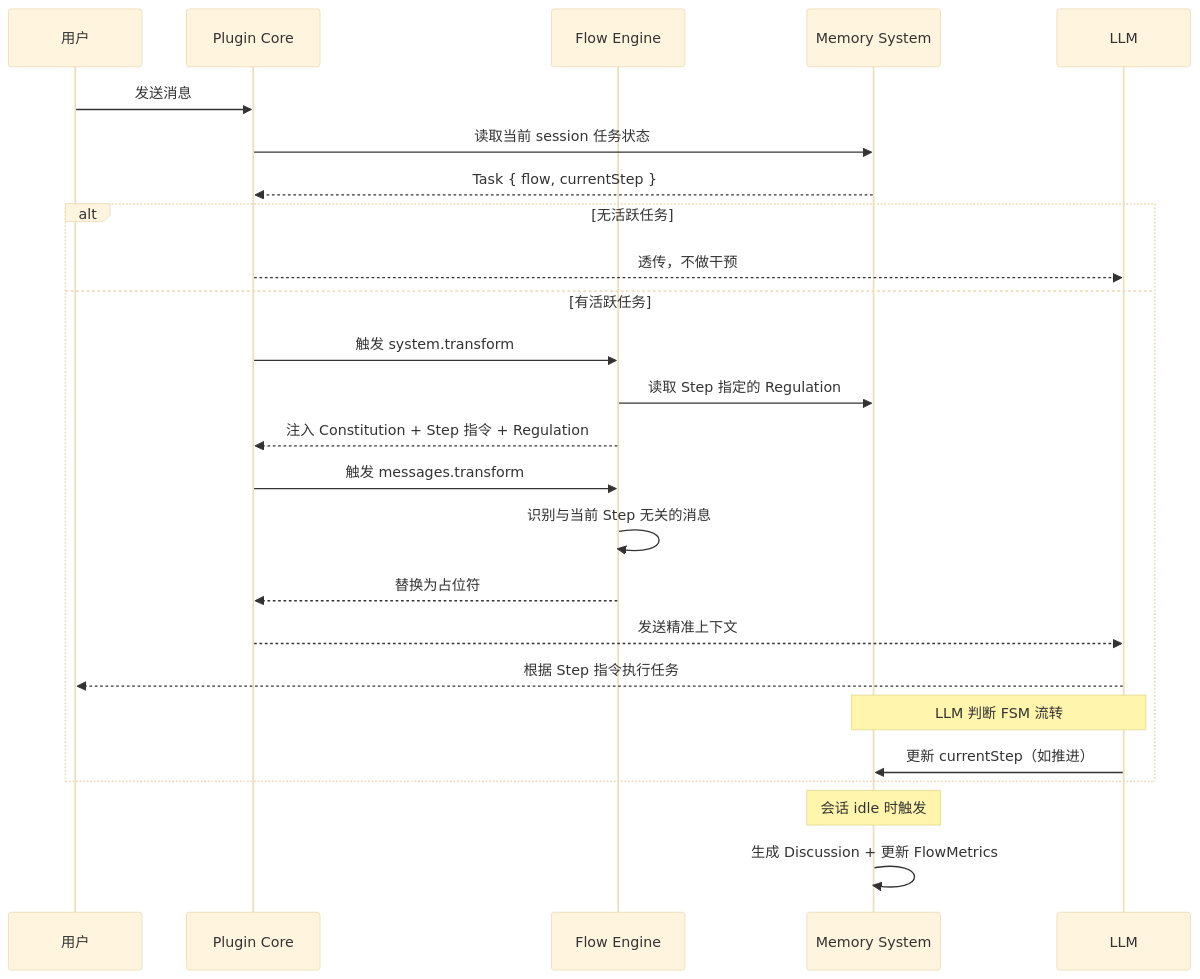
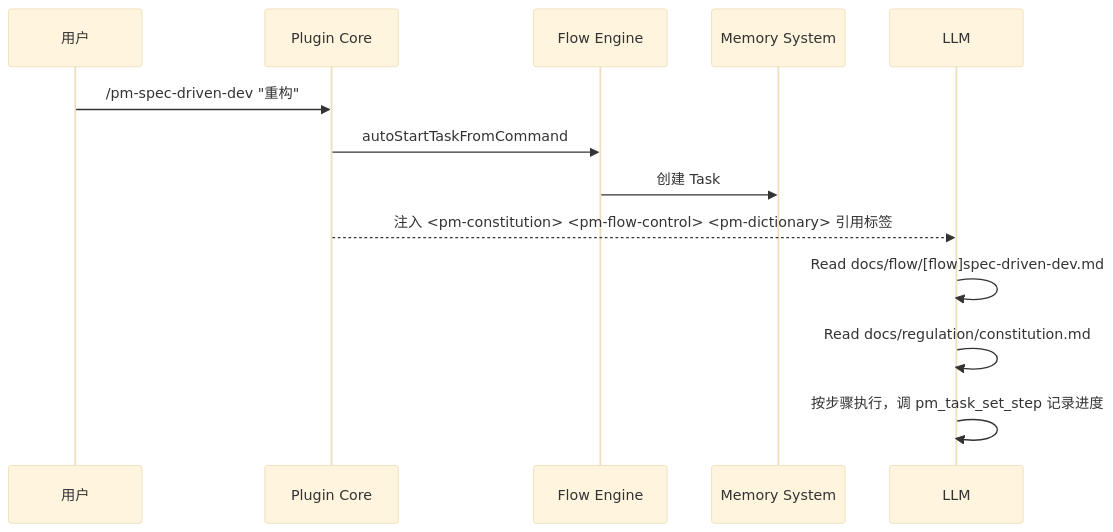
The second of 2 diagrams in docs/spec/vibe-pm-overall.md (hank-cp/opencode-vibe-pm), drawn with Mermaid (base theme) before and after one commit. The commit also changed other lines of this file and 19 other files, not shown here.

First line of the commit message:
refactor: LLM-driven flow control with file references instead of content injection

````diff
--- a/docs/spec/vibe-pm-overall.md
+++ b/docs/spec/vibe-pm-overall.md
@@ -103,33 +61,17 @@
 ```mermaid
 sequenceDiagram
     participant User as 用户
     participant Core as Plugin Core
     participant Engine as Flow Engine
-    participant Memory as Memory System
+    participant Mem as Memory System
     participant LLM as LLM
 
-    User->>Core: 发送消息
-    Core->>Memory: 读取当前 session 任务状态
-    Memory-->>Core: Task { flow, currentStep }
-    
-    alt 无活跃任务
-        Core-->>LLM: 透传，不做干预
-    else 有活跃任务
-        Core->>Engine: 触发 system.transform
-        Engine->>Memory: 读取 Step 指定的 Regulation
-        Engine-->>Core: 注入 Constitution + Step 指令 + Regulation
-        
-        Core->>Engine: 触发 messages.transform
-        Engine->>Engine: 识别与当前 Step 无关的消息
-        Engine-->>Core: 替换为占位符
-        
-        Core-->>LLM: 发送精准上下文
-        LLM-->>User: 根据 Step 指令执行任务
-        
-        Note over LLM,Memory: LLM 判断 FSM 流转
-        LLM->>Memory: 更新 currentStep（如推进）
-    end
+    User->>Core: /pm-spec-driven-dev "重构"
+    Core->>Engine: autoStartTaskFromCommand
+    Engine->>Mem: 创建 Task
+    Core-->>LLM: 注入 <pm-constitution> <pm-flow-control> <pm-dictionary> 引用标签
 
-    Note over Memory: 会话 idle 时触发
-    Memory->>Memory: 生成 Discussion + 更新 FlowMetrics
+    LLM->>LLM: Read docs/flow/[flow]spec-driven-dev.md
+    LLM->>LLM: Read docs/regulation/constitution.md
+    LLM->>LLM: 按步骤执行，调 pm_task_set_step 记录进度
 ```
````
